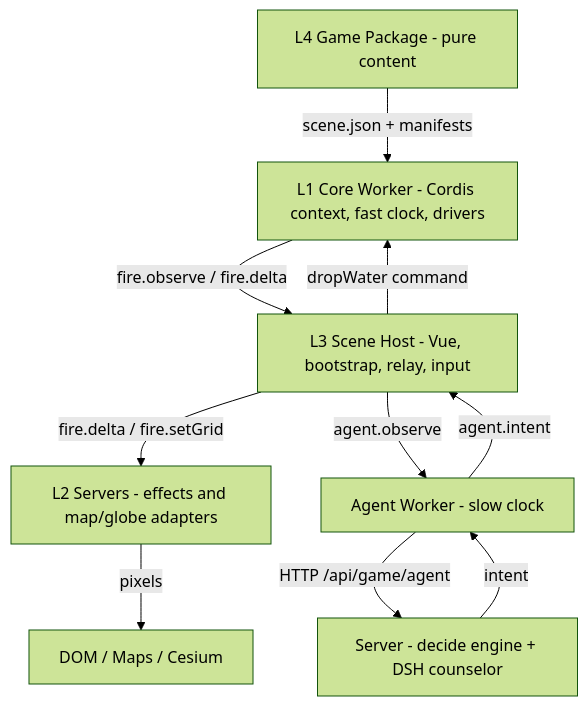
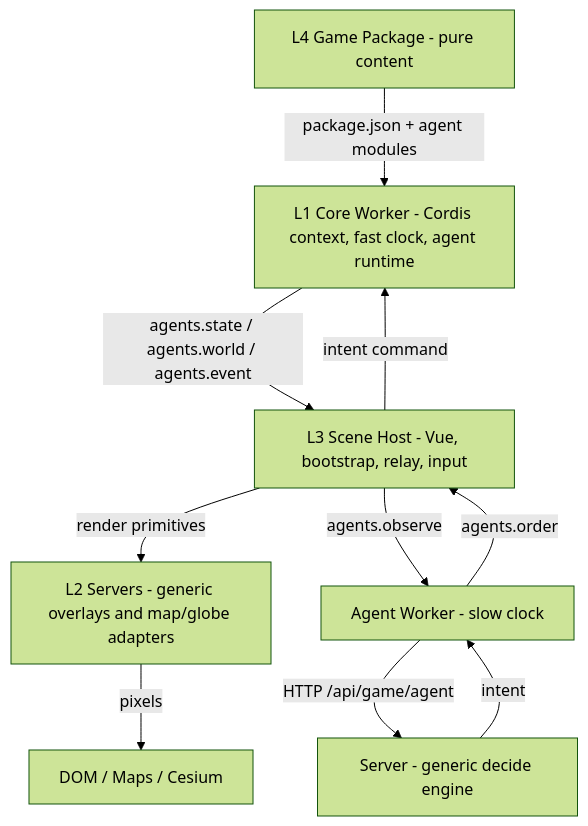
The first of 2 diagrams in README.md (kandeng/real-world-disaster-game), drawn with Mermaid (forest theme) before and after one commit. The commit also changed other lines of this file and 82 other files, not shown here.

````diff
--- a/README.md
+++ b/README.md
@@ -44,12 +45,12 @@
 ```mermaid
 graph TB
-    L4[L4 Game Package - pure content] -->|scene.json + manifests| L1
-    L1[L1 Core Worker - Cordis context, fast clock, drivers] -->|fire.observe / fire.delta| L3
-    L3[L3 Scene Host - Vue, bootstrap, relay, input] -->|fire.delta / fire.setGrid| L2
-    L2[L2 Servers - effects and map/globe adapters] -->|pixels| Screen[DOM / Maps / Cesium]
-    L3 -->|agent.observe| AW[Agent Worker - slow clock]
-    AW -->|HTTP /api/game/agent| SRV[Server - decide engine + DSH counselor]
+    L4[L4 Game Package - pure content] -->|package.json + agent modules| L1
+    L1[L1 Core Worker - Cordis context, fast clock, agent runtime] -->|agents.state / agents.world / agents.event| L3
+    L3[L3 Scene Host - Vue, bootstrap, relay, input] -->|render primitives| L2
+    L2[L2 Servers - generic overlays and map/globe adapters] -->|pixels| Screen[DOM / Maps / Cesium]
+    L3 -->|agents.observe| AW[Agent Worker - slow clock]
+    AW -->|HTTP /api/game/agent| SRV[Server - generic decide engine]
     SRV -->|intent| AW
-    AW -->|agent.intent| L3
-    L3 -->|dropWater command| L1
+    AW -->|agents.order| L3
+    L3 -->|intent command| L1
 ```
````
